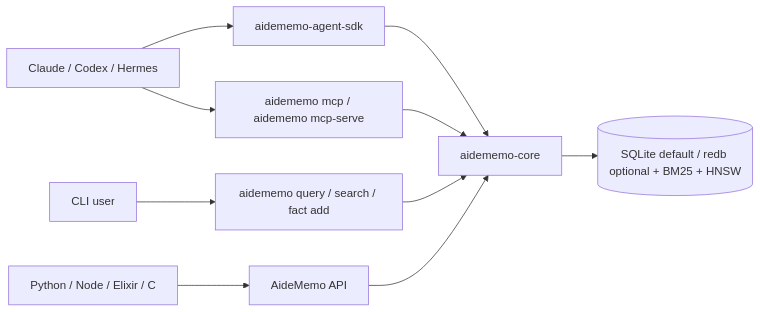
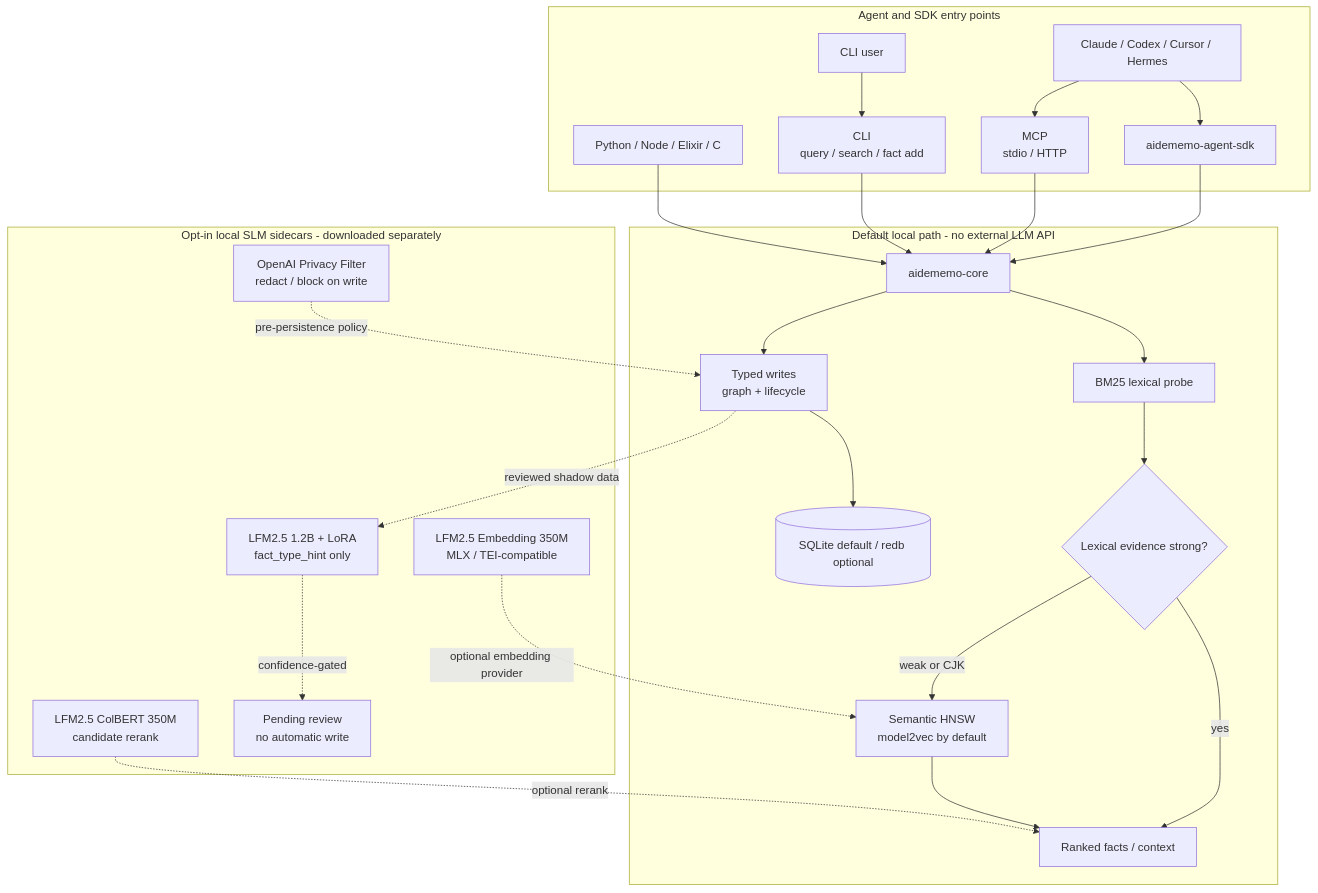
One commit to taeyun16/aidememo changed the diagram in README.md. Above: the diagram before and after it, drawn with Mermaid. The commit also changed other lines of this file and 6 other files, not shown here.

Commit message:
Document opt-in local SLM architecture

````diff
--- a/README.md
+++ b/README.md
@@ -43,12 +43,46 @@
 ```mermaid
-flowchart LR
-    Agent["Claude / Codex / Hermes"] --> SDK["aidememo-agent-sdk"]
-    Agent --> MCP["aidememo mcp / aidememo mcp-serve"]
-    Human["CLI user"] --> CLI["aidememo query / search / fact add"]
-    Plugin["Python / Node / Elixir / C"] --> API["AideMemo API"]
-    SDK --> Core["aidememo-core"]
-    MCP --> Core["aidememo-core"]
-    CLI --> Core
-    API --> Core
-    Core --> Store[("SQLite default / redb optional + BM25 + HNSW")]
+flowchart TB
+    subgraph access["Agent and SDK entry points"]
+        agent["Claude / Codex / Cursor / Hermes"]
+        human["CLI user"]
+        sdk["aidememo-agent-sdk"]
+        mcp["MCP<br/>stdio / HTTP"]
+        cli["CLI<br/>query / search / fact add"]
+        bindings["Python / Node / Elixir / C"]
+        agent --> sdk
+        agent --> mcp
+        human --> cli
+    end
+
+    subgraph default_path["Default local path - no external LLM API"]
+        core["aidememo-core"]
+        write_path["Typed writes<br/>graph + lifecycle"]
+        store[("SQLite default / redb optional")]
+        bm25["BM25 lexical probe"]
+        auto_gate{"Lexical evidence strong?"}
+        semantic["Semantic HNSW<br/>model2vec by default"]
+        ranked["Ranked facts / context"]
+        core --> write_path --> store
+        core --> bm25 --> auto_gate
+        auto_gate -->|yes| ranked
+        auto_gate -->|weak or CJK| semantic --> ranked
+    end
+
+    subgraph optional_models["Opt-in local SLM sidecars - downloaded separately"]
+        lfm_embed["LFM2.5 Embedding 350M<br/>MLX / TEI-compatible"]
+        lfm_rerank["LFM2.5 ColBERT 350M<br/>candidate rerank"]
+        lfm_type["LFM2.5 1.2B + LoRA<br/>fact_type_hint only"]
+        type_review["Pending review<br/>no automatic write"]
+        privacy_model["OpenAI Privacy Filter<br/>redact / block on write"]
+        lfm_type -. "confidence-gated" .-> type_review
+    end
+
+    sdk --> core
+    mcp --> core
+    cli --> core
+    bindings --> core
+    lfm_embed -. "optional embedding provider" .-> semantic
+    lfm_rerank -. "optional rerank" .-> ranked
+    write_path -. "reviewed shadow data" .-> lfm_type
+    privacy_model -. "pre-persistence policy" .-> write_path
 ```
````
